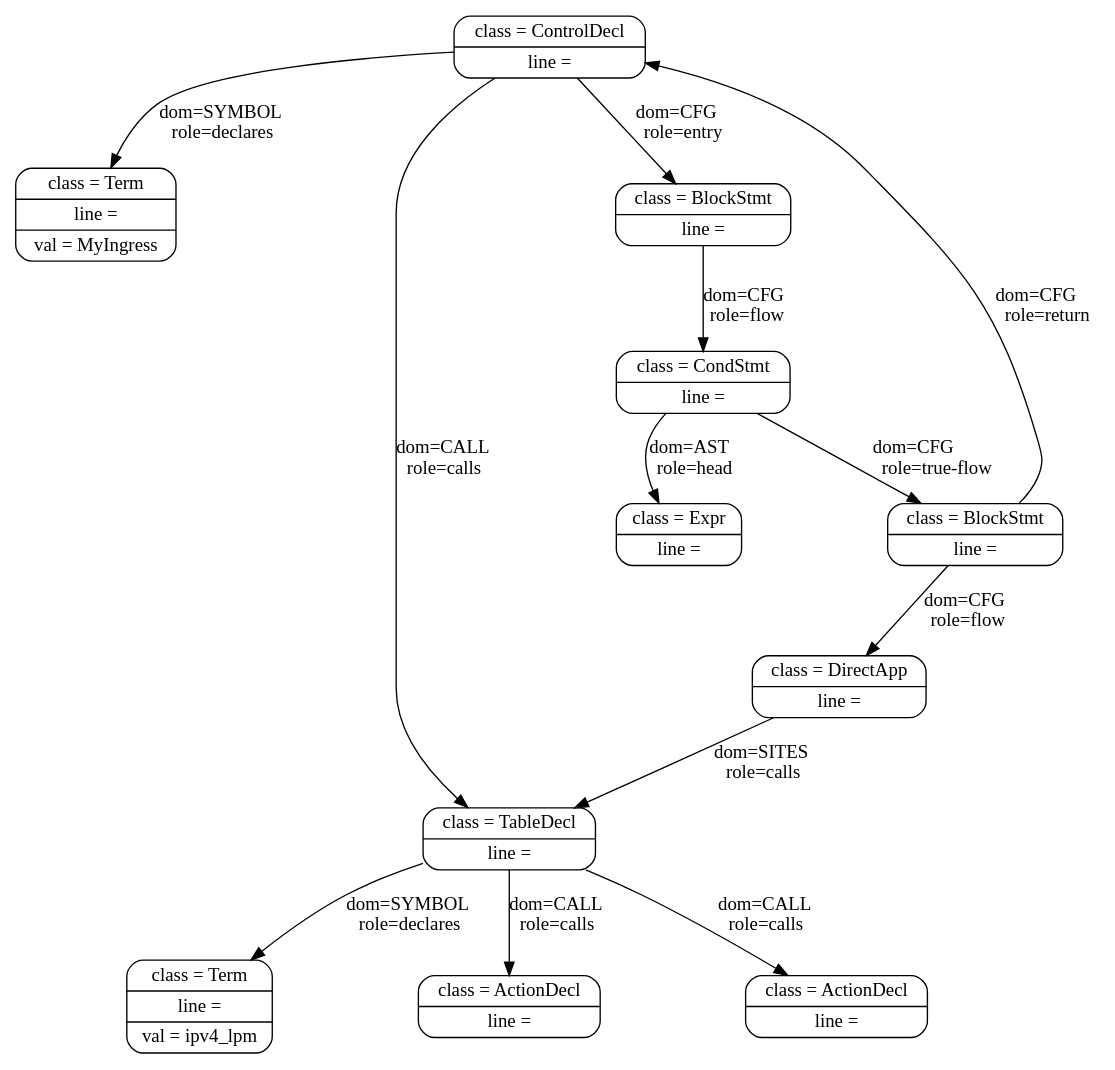
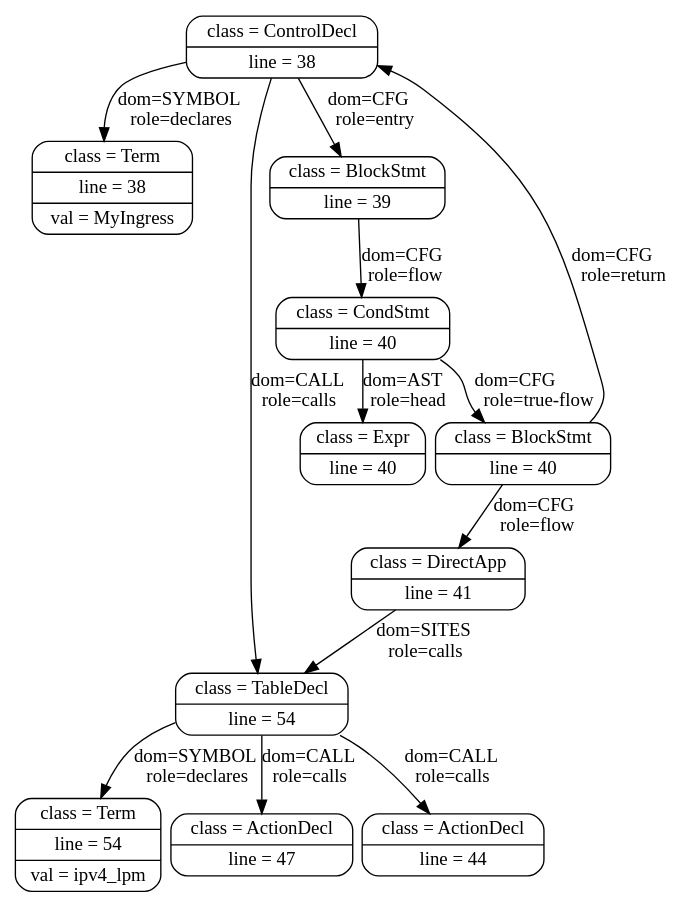
One commit to P4ELTE/P4Query changed the diagram in publications/The_tool_intro/figures/output.dot. Above: the diagram before and after it, drawn with Graphviz. The commit also changed 2 other files, not shown here.

Commit message:
pub: added code line numbers and updated output figure (line nums, size)

```diff
--- a/publications/The_tool_intro/figures/output.dot
+++ b/publications/The_tool_intro/figures/output.dot
@@ -1,33 +1,34 @@
 digraph {
   graph [];
   margin=0;
-  nodesep=1.5;
+  nodesep=0.1;
+  ranksep=0.1;
   node [shape = record, style=rounded, fontname = "STIXGeneral"];
   edge [ fontname = "STIXGeneral"];
 
-  control [label="{ class = ControlDecl | line = }"];
-  controlName [label="{ class = Term | line = | val = MyIngress}"];
-  block [label="{ class = BlockStmt | line = }"];
-  cond [label="{ class = CondStmt | line = }"];
-  expr [label="{ class = Expr | line = }"];
-  block2 [label="{ class = BlockStmt | line = }"];
-  app [label="{ class = DirectApp | line = }"];
-  table [label="{ class = TableDecl | line = }"];
-  tabName [label="{ class = Term | line = | val = ipv4_lpm}"];
-  act1 [label="{ class = ActionDecl | line = }"];
-  act2 [label="{ class = ActionDecl | line = }"];
+  control [label="{ class = ControlDecl | line = 38}"];
+  controlName [label="{ class = Term | line = 38 | val = MyIngress}"];
+  block [label="{ class = BlockStmt | line = 39 }"];
+  cond [label="{ class = CondStmt | line = 40 }"];
+  expr [label="{ class = Expr | line = 40 }"];
+  block2 [label="{ class = BlockStmt | line = 40 }"];
+  app [label="{ class = DirectApp | line = 41 }"];
+  table [label="{ class = TableDecl | line = 54 }"];
+  tabName [label="{ class = Term | line = 54 | val = ipv4_lpm}"];
+  act1 [label="{ class = ActionDecl | line = 47 }"];
+  act2 [label="{ class = ActionDecl | line = 44 }"];
 
   control -> controlName [label="dom=SYMBOL\lrole=declares"];
   control -> block [label="dom=CFG\lrole=entry"];
   control -> table [label="dom=CALL\lrole=calls"];
   block -> cond [label="dom=CFG\lrole=flow"];
   cond -> block2 [label="dom=CFG\lrole=true-flow"];
   cond -> expr [label="dom=AST\lrole=head"];
   block2 -> app [label="dom=CFG\lrole=flow"];
   block2 -> control [label="dom=CFG\lrole=return"];
   app -> table [label="dom=SITES\lrole=calls"];
   table -> tabName [label="dom=SYMBOL\lrole=declares"];
   table -> act1 [label="dom=CALL\lrole=calls"];
   table -> act2 [label="dom=CALL\lrole=calls"];
 
 }
```
